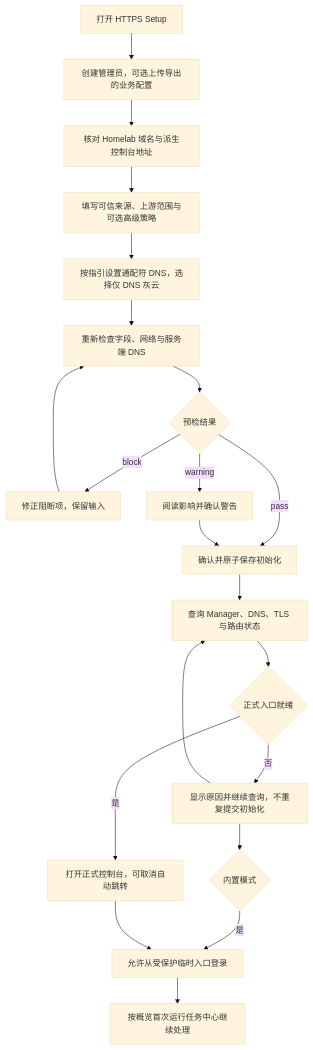
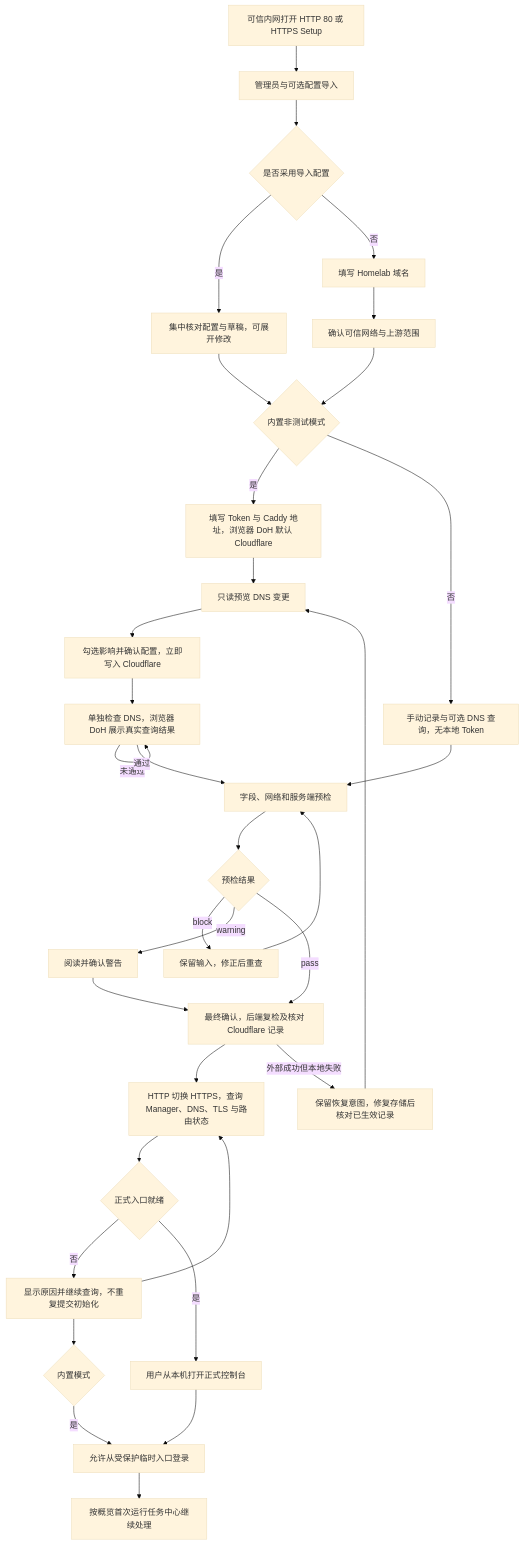
The second of 5 diagrams in docs/product-user-flow-review.md (gofxq/caddy_admin), drawn with Mermaid (base theme) before and after one commit. The commit also changed other lines of this file and 73 other files, not shown here.

First line of the commit message:
feat: add Cloudflare API token help component and tooltip for user guidance

````diff
--- a/docs/product-user-flow-review.md
+++ b/docs/product-user-flow-review.md
@@ -65,23 +70,35 @@
 ```mermaid
 flowchart TD
-    OPEN[打开 HTTPS Setup] --> ADMIN[创建管理员，可选上传导出的业务配置]
-    ADMIN --> DOMAIN[核对 Homelab 域名与派生控制台地址]
-    DOMAIN --> NETWORK[填写可信来源、上游范围与可选高级策略]
-    NETWORK --> DNS[按指引设置通配符 DNS，选择仅 DNS 灰云]
-    DNS --> PRECHECK[重新检查字段、网络与服务端 DNS]
+    OPEN[可信内网打开 HTTP 80 或 HTTPS Setup] --> ADMIN[管理员与可选配置导入]
+    ADMIN --> IMPORTED{是否采用导入配置}
+    IMPORTED -->|是| REVIEW[集中核对配置与草稿，可展开修改]
+    IMPORTED -->|否| DOMAIN[填写 Homelab 域名]
+    DOMAIN --> NETWORK[确认可信网络与上游范围]
+    NETWORK --> MODE{内置非测试模式}
+    REVIEW --> MODE
+    MODE -->|是| TOKEN[填写 Token 与 Caddy 地址，浏览器 DoH 默认 Cloudflare]
+    TOKEN --> DNS[只读预览 DNS 变更]
+    DNS --> CONFIRM[勾选影响并确认配置，立即写入 Cloudflare]
+    CONFIRM --> QUERY[单独检查 DNS，浏览器 DoH 展示真实查询结果]
+    QUERY -->|未通过| QUERY
+    MODE -->|否| MANUAL[手动记录与可选 DNS 查询，无本地 Token]
+    QUERY -->|通过| PRECHECK
+    MANUAL --> PRECHECK[字段、网络和服务端预检]
     PRECHECK --> STATE{预检结果}
-    STATE -->|block| CORRECT[修正阻断项，保留输入]
+    STATE -->|block| CORRECT[保留输入，修正后重查]
     CORRECT --> PRECHECK
-    STATE -->|warning| ACK[阅读影响并确认警告]
-    STATE -->|pass| SAVE[确认并原子保存初始化]
+    STATE -->|warning| ACK[阅读并确认警告]
+    STATE -->|pass| SAVE[最终确认，后端复检及核对 Cloudflare 记录]
     ACK --> SAVE
-    SAVE --> HANDOFF[查询 Manager、DNS、TLS 与路由状态]
+    SAVE --> HANDOFF[HTTP 切换 HTTPS，查询 Manager、DNS、TLS 与路由状态]
+    SAVE -->|外部成功但本地失败| RETRY[保留恢复意图，修复存储后核对已生效记录]
+    RETRY --> DNS
     HANDOFF --> ENTRY{正式入口就绪}
     ENTRY -->|否| WAIT[显示原因并继续查询，不重复提交初始化]
     WAIT --> HANDOFF
     WAIT --> TEMP{内置模式}
     TEMP -->|是| LOGIN[允许从受保护临时入口登录]
-    ENTRY -->|是| FORMAL[打开正式控制台，可取消自动跳转]
+    ENTRY -->|是| FORMAL[用户从本机打开正式控制台]
     FORMAL --> LOGIN
     LOGIN --> TASKS[按概览首次运行任务中心继续处理]
 ```
````
